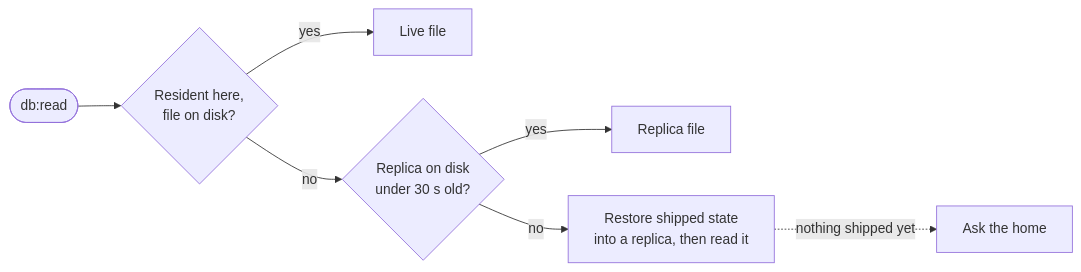
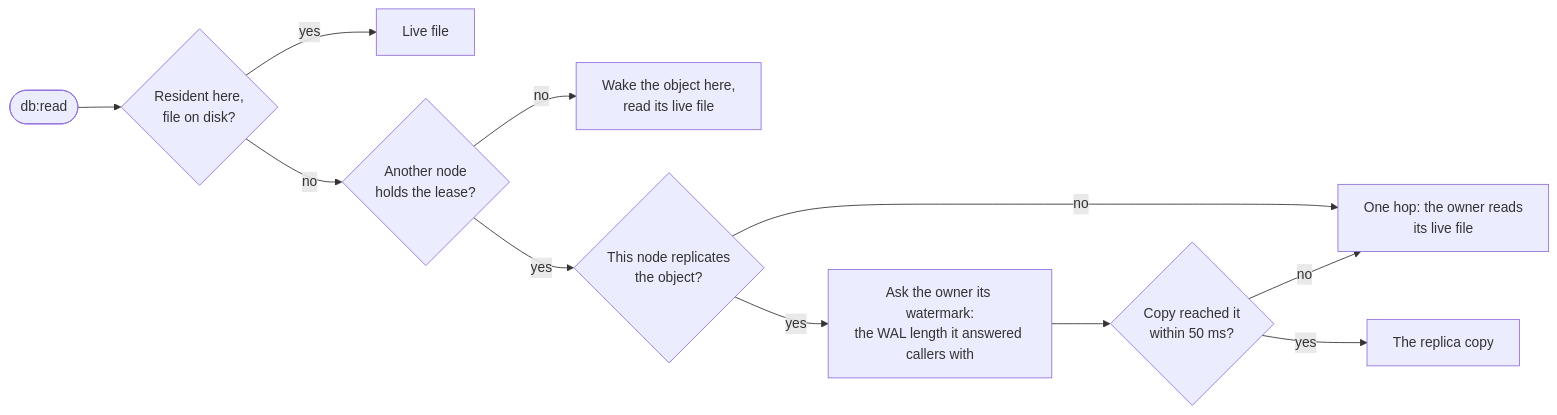
Before and after one commit to JSH32/actias: the fourth of 4 diagrams in actias-web/src/content/docs/internals/placement.mdx, drawn with Mermaid. The commit also changed other lines of this file and 5 other files, not shown here.

````diff
--- a/actias-web/src/content/docs/internals/placement.mdx
+++ b/actias-web/src/content/docs/internals/placement.mdx
@@ -91,9 +128,13 @@
 ```mermaid
 flowchart LR
     read([db:read]) --> a{Resident here,<br/>file on disk?}
     a -- yes --> live[Live file]
-    a -- no --> c{Replica on disk<br/>under 30 s old?}
-    c -- yes --> rep[Replica file]
-    c -- no --> pull[Restore shipped state<br/>into a replica, then read it]
-    pull -. nothing shipped yet .-> home[Ask the home]
+    a -- no --> h{Another node<br/>holds the lease?}
+    h -- no --> wake[Wake the object here,<br/>read its live file]
+    h -- yes --> r{This node replicates<br/>the object?}
+    r -- no --> fwd[One hop: the owner reads<br/>its live file]
+    r -- yes --> wm[Ask the owner its watermark:<br/>the WAL length it answered callers with]
+    wm --> ok{Copy reached it<br/>within 50 ms?}
+    ok -- yes --> rep[The replica copy]
+    ok -- no --> fwd
 ```
````
